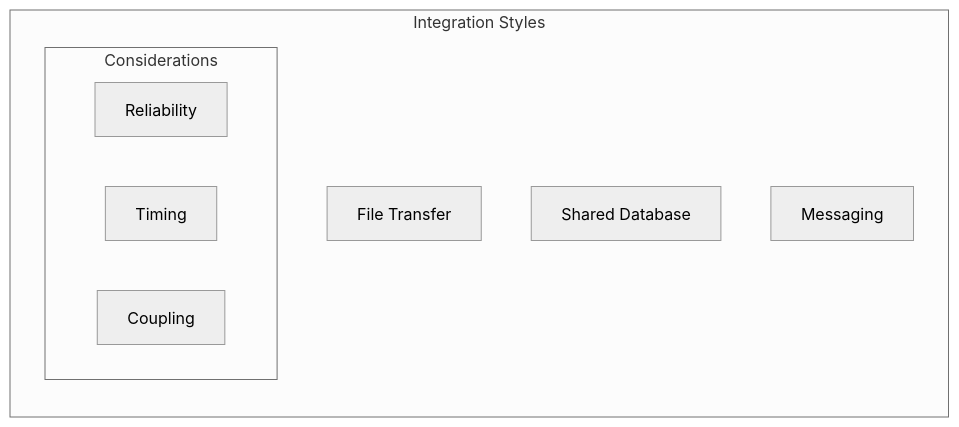
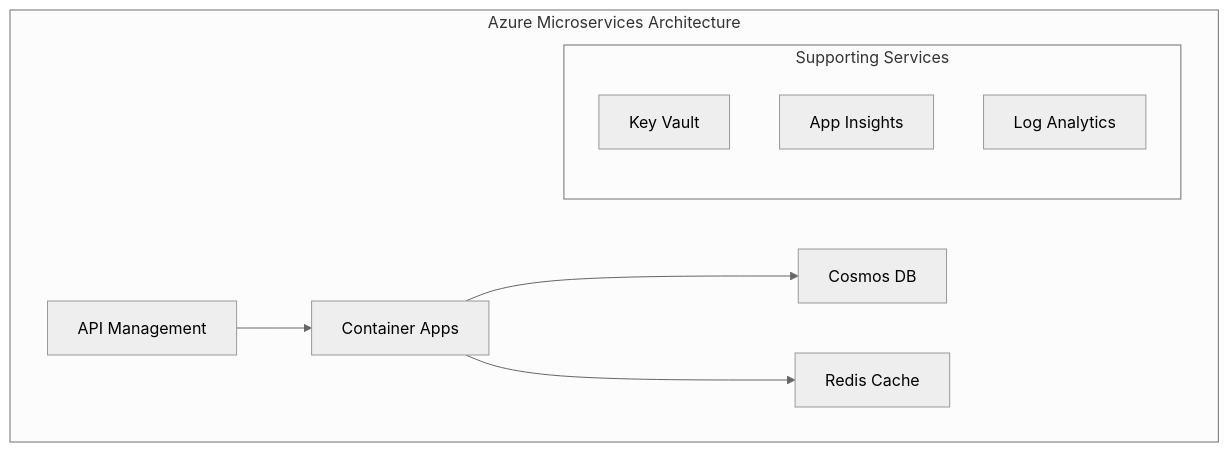
One commit to saravanakumarrc/Architecture_Journey changed the fourth of 7 diagrams in src/System_Design_Principles_and_Patterns.md. Above: the diagram before and after it, drawn with Mermaid (neutral theme). The commit also changed other lines of this file and 3 other files, not shown here.

````diff
--- a/src/System_Design_Principles_and_Patterns.md
+++ b/src/System_Design_Principles_and_Patterns.md
@@ -156,15 +146,14 @@
 ```mermaid
-graph LR
-    subgraph "Integration Styles"
-        F[File Transfer]
-        S[Shared Database]
-        R[Remote Procedure]
-        M[Messaging]
+graph TB
+    subgraph "Azure Microservices Architecture"
+        APIM[API Management] --> ACA[Container Apps]
+        ACA --> COSMOS[Cosmos DB]
+        ACA --> REDIS[Redis Cache]
         
-        subgraph "Considerations"
-            T[Timing]
-            C[Coupling]
-            R[Reliability]
+        subgraph "Supporting Services"
+            KV[Key Vault]
+            AI[App Insights]
+            LOG[Log Analytics]
         end
     end
 ```
````
